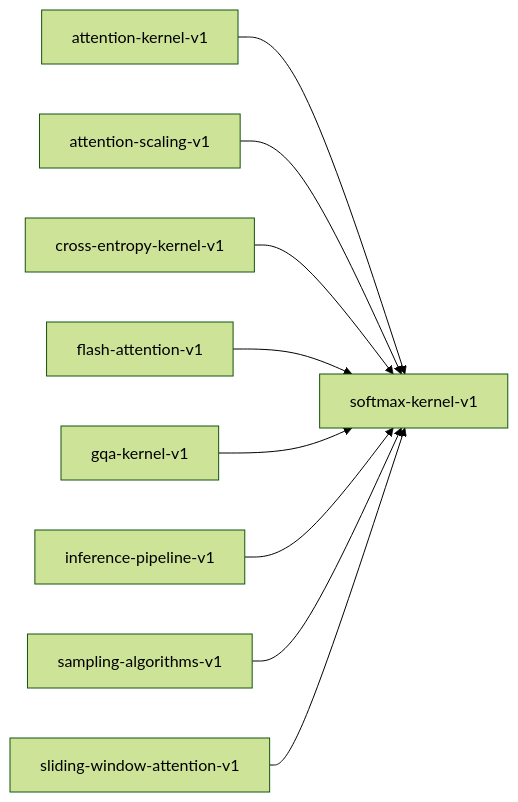
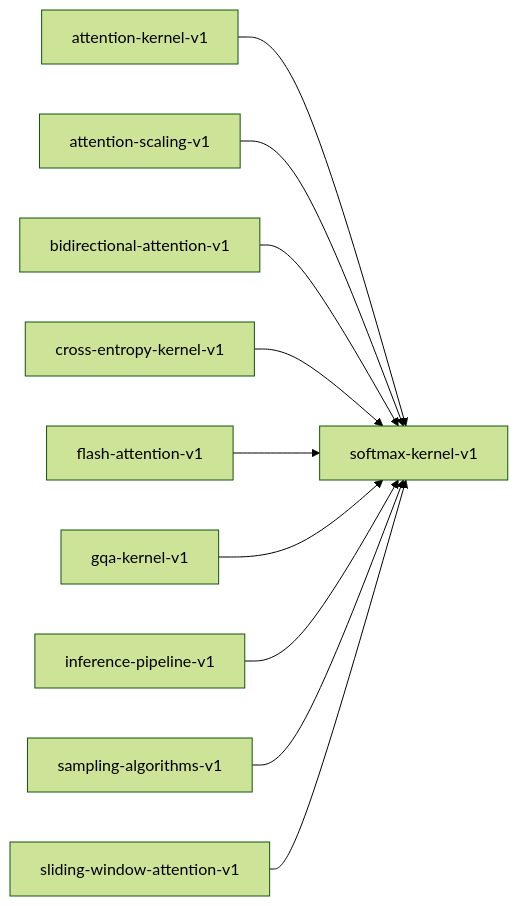
Before and after one commit to paiml/provable-contracts: the diagram in book/src/contracts/softmax-kernel-v1.md, drawn with Mermaid (forest theme). The commit also changed 76 other files, not shown here.

````diff
--- a/book/src/contracts/softmax-kernel-v1.md
+++ b/book/src/contracts/softmax-kernel-v1.md
@@ -14,11 +14,12 @@
 ```mermaid
 graph LR
     attention_kernel_v1["attention-kernel-v1"] --> softmax_kernel_v1["softmax-kernel-v1"]
     attention_scaling_v1["attention-scaling-v1"] --> softmax_kernel_v1["softmax-kernel-v1"]
+    bidirectional_attention_v1["bidirectional-attention-v1"] --> softmax_kernel_v1["softmax-kernel-v1"]
     cross_entropy_kernel_v1["cross-entropy-kernel-v1"] --> softmax_kernel_v1["softmax-kernel-v1"]
     flash_attention_v1["flash-attention-v1"] --> softmax_kernel_v1["softmax-kernel-v1"]
     gqa_kernel_v1["gqa-kernel-v1"] --> softmax_kernel_v1["softmax-kernel-v1"]
     inference_pipeline_v1["inference-pipeline-v1"] --> softmax_kernel_v1["softmax-kernel-v1"]
     sampling_algorithms_v1["sampling-algorithms-v1"] --> softmax_kernel_v1["softmax-kernel-v1"]
     sliding_window_attention_v1["sliding-window-attention-v1"] --> softmax_kernel_v1["softmax-kernel-v1"]
 ```
````
